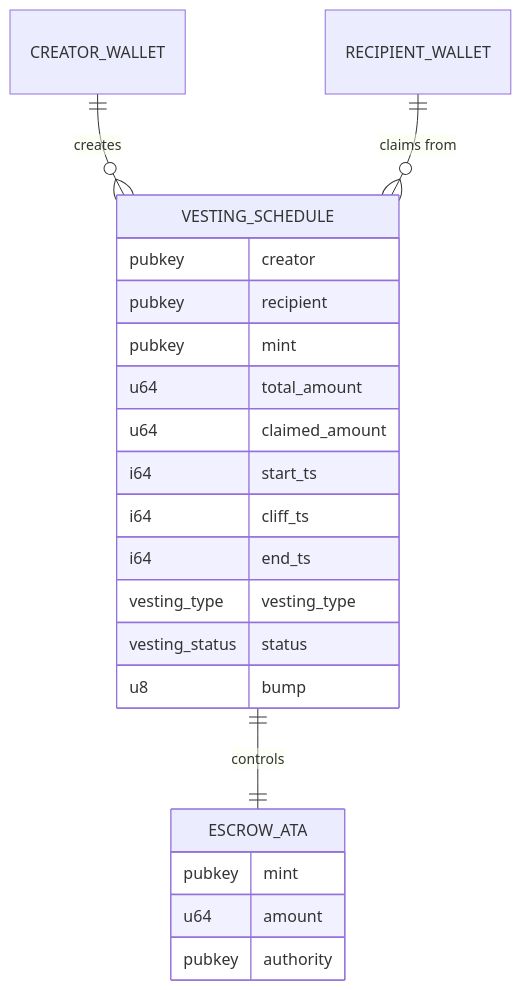
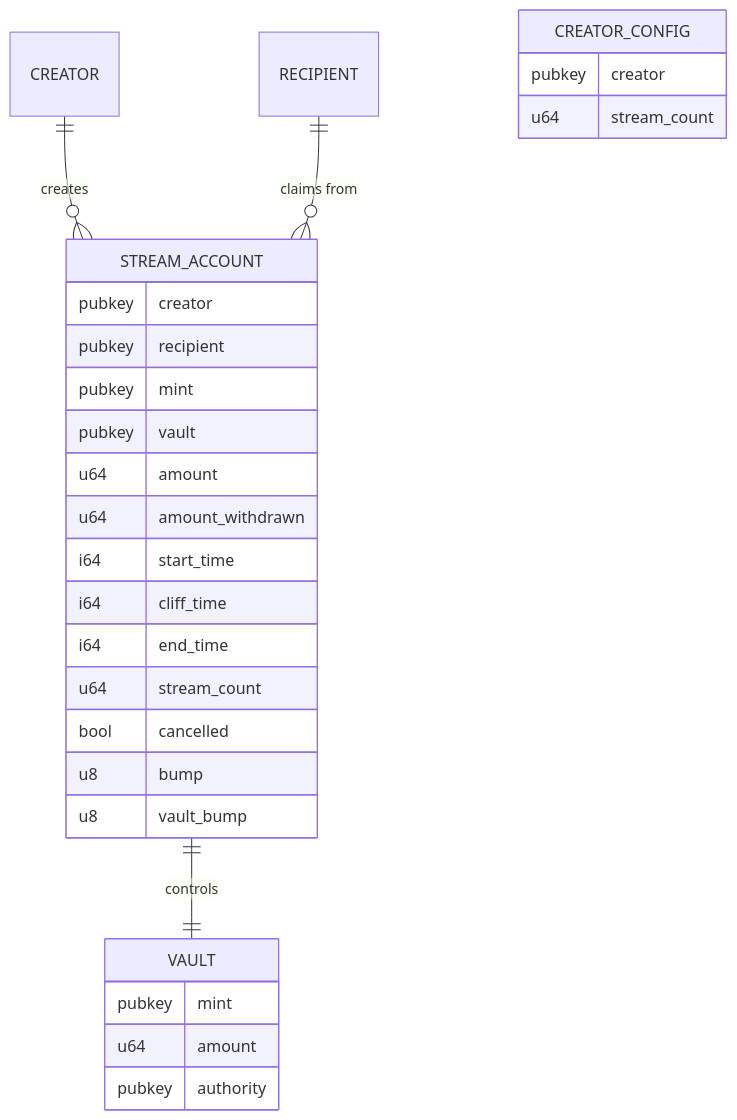
Before and after one commit to simplyvest/simplyvest: the first of 3 diagrams in docs/ARCHITECTURE.md, drawn with Mermaid. The commit also changed other lines of this file and 3 other files, not shown here.

First line of the commit message:
docs: reassess on-chain architecture and document revised PDA model

````diff
--- a/docs/ARCHITECTURE.md
+++ b/docs/ARCHITECTURE.md
@@ -30,24 +32,30 @@
 ```mermaid
 erDiagram
-    CREATOR_WALLET ||--o{ VESTING_SCHEDULE : "creates"
-    VESTING_SCHEDULE ||--|| ESCROW_ATA : "controls"
-    RECIPIENT_WALLET ||--o{ VESTING_SCHEDULE : "claims from"
-    VESTING_SCHEDULE {
+    CREATOR ||--o{ STREAM_ACCOUNT : "creates"
+    STREAM_ACCOUNT ||--|| VAULT : "controls"
+    RECIPIENT ||--o{ STREAM_ACCOUNT : "claims from"
+    STREAM_ACCOUNT {
         pubkey creator
         pubkey recipient
         pubkey mint
-        u64 total_amount
-        u64 claimed_amount
-        i64 start_ts
-        i64 cliff_ts
-        i64 end_ts
-        vesting_type vesting_type
-        vesting_status status
+        pubkey vault
+        u64 amount
+        u64 amount_withdrawn
+        i64 start_time
+        i64 cliff_time
+        i64 end_time
+        u64 stream_count
+        bool cancelled
         u8 bump
+        u8 vault_bump
     }
-    ESCROW_ATA {
+    VAULT {
         pubkey mint
         u64 amount
         pubkey authority
     }
+    CREATOR_CONFIG {
+        pubkey creator
+        u64 stream_count
+    }
 ```
````
